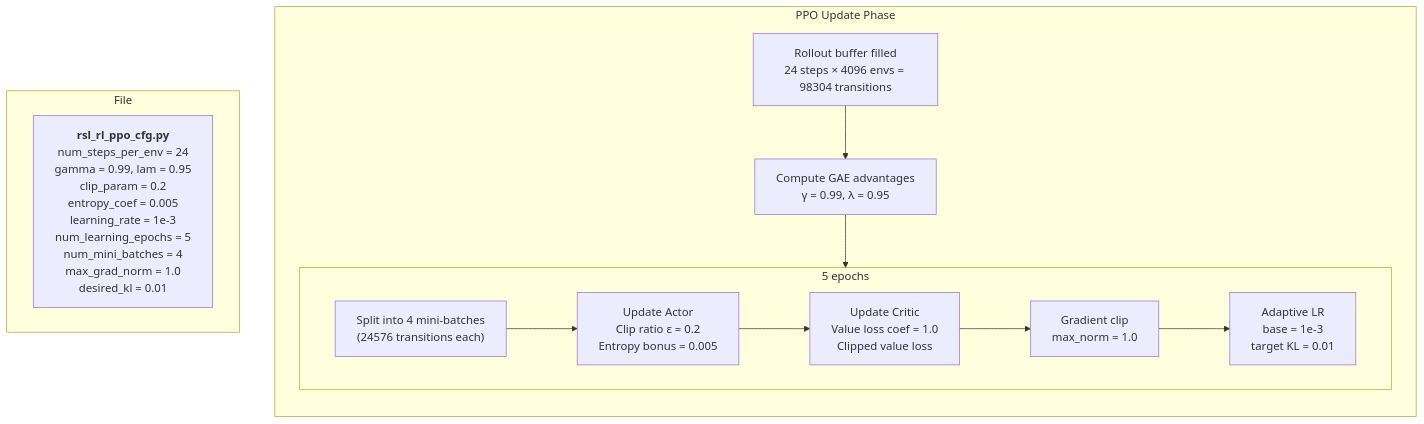
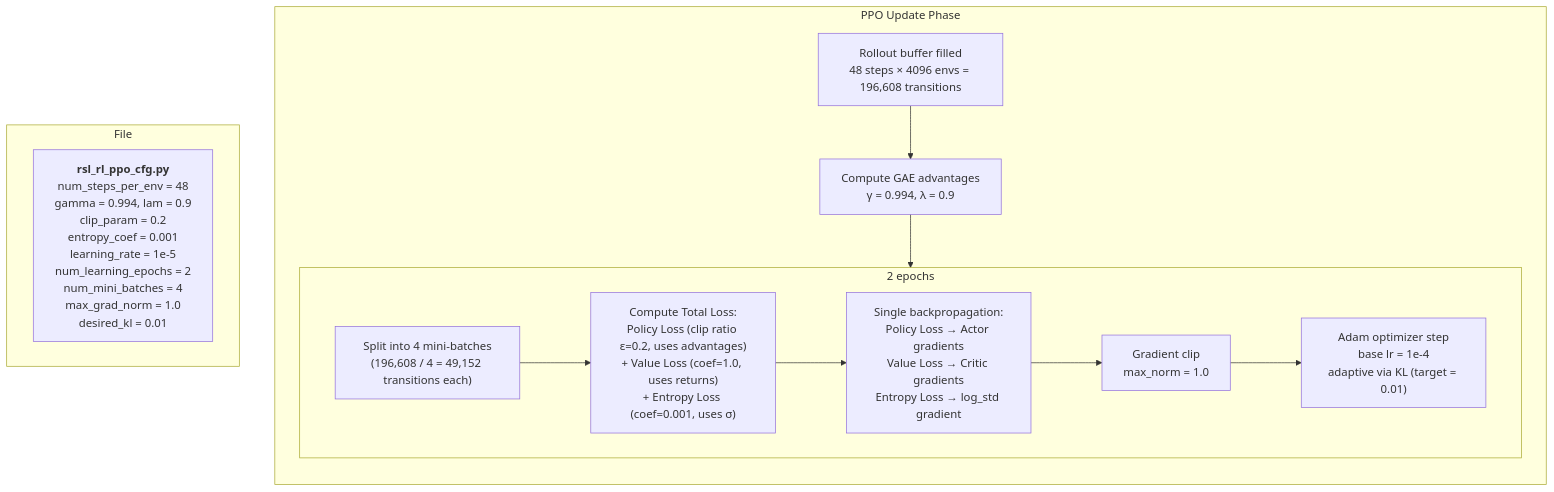
One commit to armmarov/armrobot changed the seventh of 8 diagrams in docs/TRAINING_FLOW.md. Above: the diagram before and after it, drawn with Mermaid. The commit also changed other lines of this file and 8 other files, not shown here.

````diff
--- a/docs/TRAINING_FLOW.md
+++ b/docs/TRAINING_FLOW.md
@@ -170,21 +182,21 @@
 ```mermaid
 flowchart TB
     subgraph PPO["PPO Update Phase"]
         direction TB
-        BUF["Rollout buffer filled<br/>24 steps × 4096 envs = 98304 transitions"]
-        GAE["Compute GAE advantages<br/>γ = 0.99, λ = 0.95"]
-        subgraph EPOCHS["5 epochs"]
-            MINI["Split into 4 mini-batches<br/>(24576 transitions each)"]
-            ACTOR["Update Actor<br/>Clip ratio ε = 0.2<br/>Entropy bonus = 0.005"]
-            CRITIC["Update Critic<br/>Value loss coef = 1.0<br/>Clipped value loss"]
+        BUF["Rollout buffer filled<br/>48 steps × 4096 envs = 196,608 transitions"]
+        GAE["Compute GAE advantages<br/>γ = 0.994, λ = 0.9"]
+        subgraph EPOCHS["2 epochs"]
+            MINI["Split into 4 mini-batches<br/>(196,608 / 4 = 49,152 transitions each)"]
+            LOSS["Compute Total Loss:<br/>Policy Loss (clip ratio ε=0.2, uses advantages)<br/>+ Value Loss (coef=1.0, uses returns)<br/>+ Entropy Loss (coef=0.001, uses σ)"]
+            BACK["Single backpropagation:<br/>Policy Loss → Actor gradients<br/>Value Loss → Critic gradients<br/>Entropy Loss → log_std gradient"]
             GRAD["Gradient clip<br/>max_norm = 1.0"]
-            LR["Adaptive LR<br/>base = 1e-3<br/>target KL = 0.01"]
-            MINI --> ACTOR --> CRITIC --> GRAD --> LR
+            LR["Adam optimizer step<br/>base lr = 1e-4<br/>adaptive via KL (target = 0.01)"]
+            MINI --> LOSS --> BACK --> GRAD --> LR
         end
         BUF --> GAE --> EPOCHS
     end
 
     subgraph FILES6["File"]
-        F6["<b>rsl_rl_ppo_cfg.py</b><br/>num_steps_per_env = 24<br/>gamma = 0.99, lam = 0.95<br/>clip_param = 0.2<br/>entropy_coef = 0.005<br/>learning_rate = 1e-3<br/>num_learning_epochs = 5<br/>num_mini_batches = 4<br/>max_grad_norm = 1.0<br/>desired_kl = 0.01"]
+        F6["<b>rsl_rl_ppo_cfg.py</b><br/>num_steps_per_env = 48<br/>gamma = 0.994, lam = 0.9<br/>clip_param = 0.2<br/>entropy_coef = 0.001<br/>learning_rate = 1e-5<br/>num_learning_epochs = 2<br/>num_mini_batches = 4<br/>max_grad_norm = 1.0<br/>desired_kl = 0.01"]
     end
 ```
````
